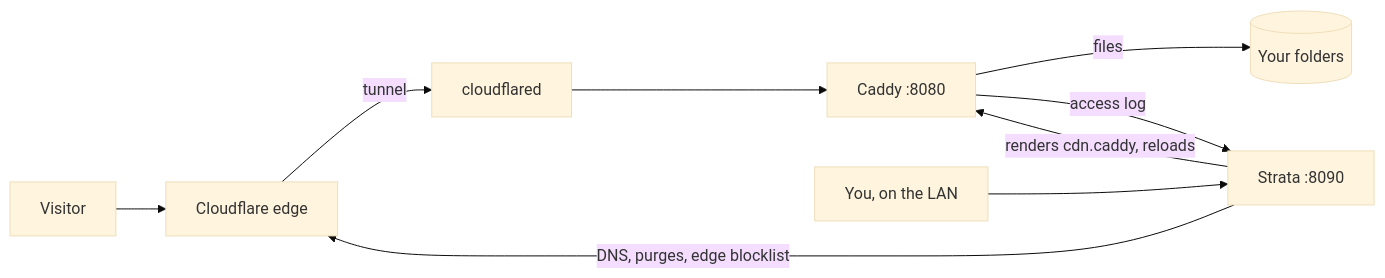
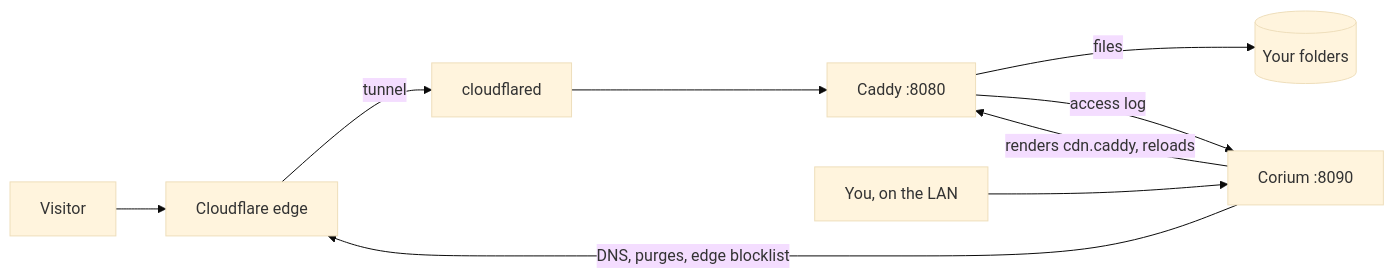
The diagram in README.md (Sanedish/strata), drawn with Mermaid (base theme) before and after one commit. The commit also changed other lines of this file and 133 other files, not shown here.

First line of the commit message:
Corium 0.5.0 (formerly Strata)

````diff
--- a/README.md
+++ b/README.md
@@ -251,11 +258,11 @@
 ```mermaid
 flowchart LR
     V[Visitor] --> CF[Cloudflare edge]
     CF -->|tunnel| CFD[cloudflared]
     CFD --> C[Caddy :8080]
     C -->|files| D[(Your folders)]
-    C -->|access log| S[Strata :8090]
+    C -->|access log| S[Corium :8090]
     S -->|renders cdn.caddy, reloads| C
     S -->|DNS, purges, edge blocklist| CF
     A[You, on the LAN] --> S
 ```
````
